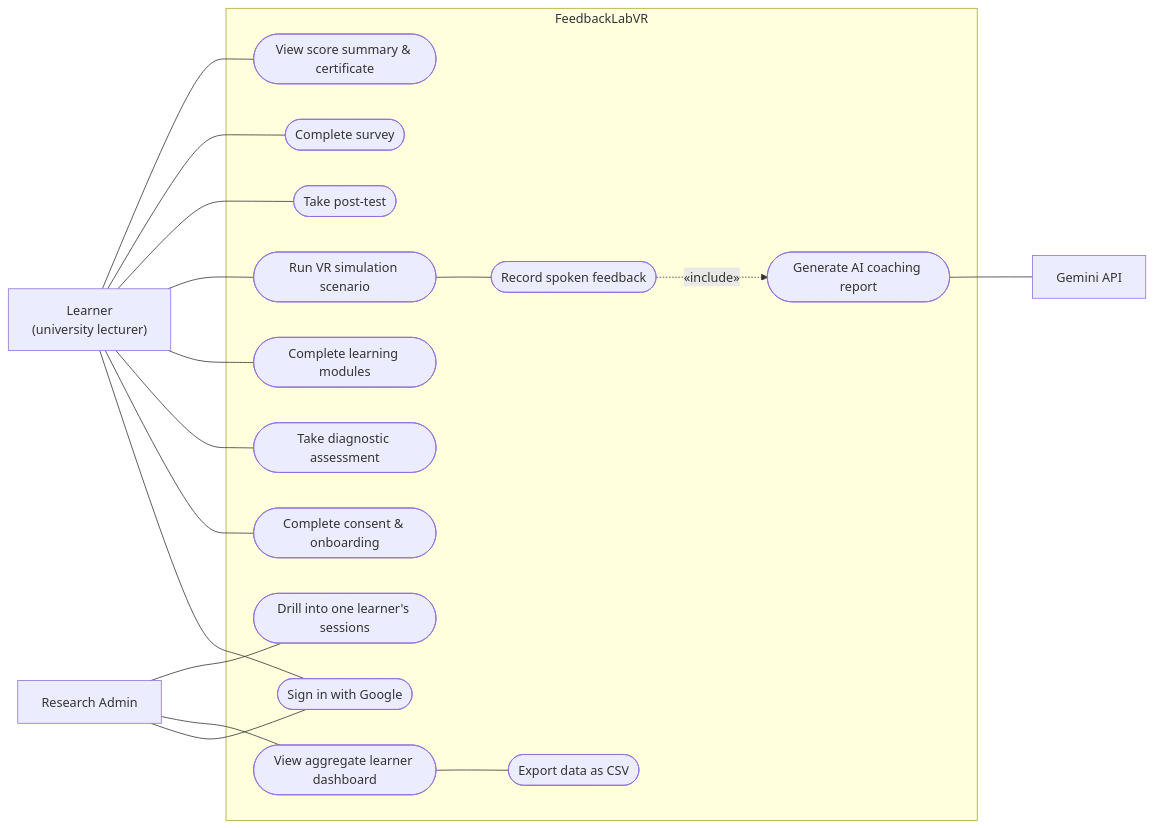
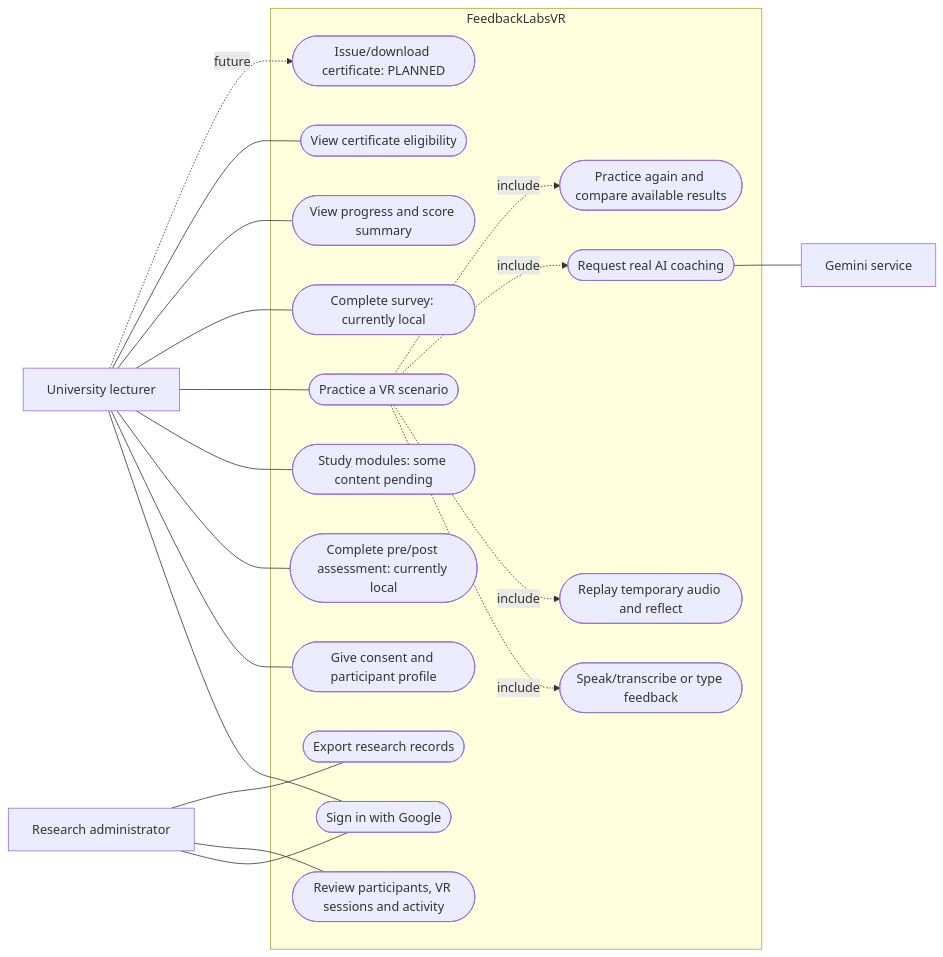
One commit to manss123/FeedbackLabWeb changed the seventh of 9 diagrams in SYSTEM_DIAGRAMS.md. Above: the diagram before and after it, drawn with Mermaid. The commit also changed other lines of this file and 99 other files, not shown here.

````diff
--- a/SYSTEM_DIAGRAMS.md
+++ b/SYSTEM_DIAGRAMS.md
@@ -87,40 +235,41 @@
 ```mermaid
-%%{init: {'flowchart': {'nodeSpacing': 45, 'rankSpacing': 70, 'curve': 'basis'}}}%%
 flowchart LR
-  learnerActor["Learner\n(university lecturer)"]
-  adminActor["Research Admin"]
-  geminiActor["Gemini API"]
-
-  subgraph system["FeedbackLabVR"]
-    signin(["Sign in with Google"])
-    consent(["Complete consent & onboarding"])
-    diagnostic(["Take diagnostic assessment"])
-    modules(["Complete learning modules"])
-    vrsim(["Run VR simulation scenario"])
-    record(["Record spoken feedback"])
-    aiscore(["Generate AI coaching report"])
-    posttest(["Take post-test"])
-    survey(["Complete survey"])
-    certificate(["View score summary & certificate"])
-    dashboard(["View aggregate learner dashboard"])
-    drilldown(["Drill into one learner's sessions"])
-    export(["Export data as CSV"])
+  lecturer["University lecturer"]
+  admin["Research administrator"]
+  gemini["Gemini service"]
+  subgraph system["FeedbackLabsVR"]
+    login(["Sign in with Google"])
+    consent(["Give consent and participant profile"])
+    assessment(["Complete pre/post assessment: currently local"])
+    modules(["Study modules: some content pending"])
+    practice(["Practice a VR scenario"])
+    input(["Speak/transcribe or type feedback"])
+    reflect(["Replay temporary audio and reflect"])
+    coaching(["Request real AI coaching"])
+    retry(["Practice again and compare available results"])
+    survey(["Complete survey: currently local"])
+    overview(["View progress and score summary"])
+    eligibility(["View certificate eligibility"])
+    issue(["Issue/download certificate: PLANNED"])
+    research(["Review participants, VR sessions and activity"])
+    export(["Export research records"])
   end
 
-  learnerActor --- signin
-  learnerActor --- consent
-  learnerActor --- diagnostic
-  learnerActor --- modules
-  learnerActor --- vrsim
-  learnerActor --- posttest
-  learnerActor --- survey
-  learnerActor --- certificate
-  vrsim --- record
-  record -.->|"«include»"| aiscore
-  aiscore --- geminiActor
-
-  adminActor --- signin
-  adminActor --- dashboard
-  adminActor --- drilldown
-  dashboard --- export
+  lecturer --- login
+  lecturer --- consent
+  lecturer --- assessment
+  lecturer --- modules
+  lecturer --- practice
+  practice -.->|"include"| input
+  practice -.->|"include"| reflect
+  practice -.->|"include"| coaching
+  practice -.->|"include"| retry
+  coaching --- gemini
+  lecturer --- survey
+  lecturer --- overview
+  lecturer --- eligibility
+  lecturer -.->|"future"| issue
+  admin --- login
+  admin --- research
+  admin --- export
 ```
````
